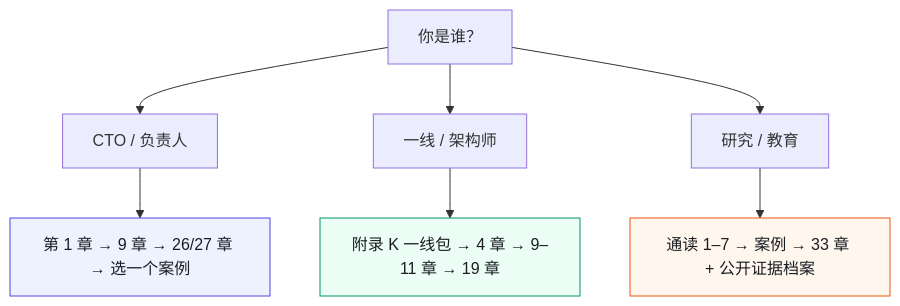
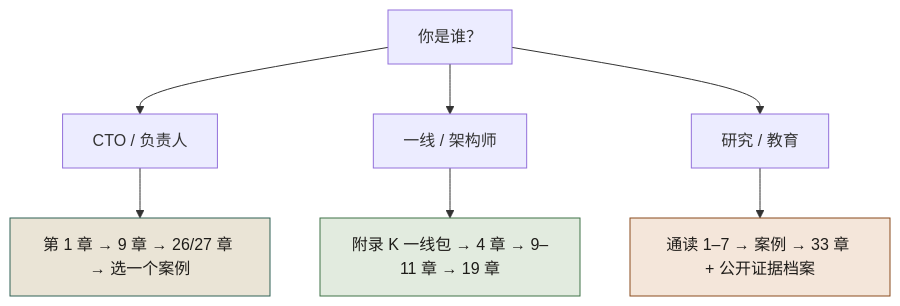
The second of 2 diagrams in docs/manuscript/ch01-这本书是什么.md (funny8kids/AI_Native_Software_Engineering), drawn with Mermaid before and after one commit. The commit also changed other lines of this file and 81 other files, not shown here.

````diff
--- a/docs/manuscript/ch01-这本书是什么.md
+++ b/docs/manuscript/ch01-这本书是什么.md
@@ -102,12 +160,12 @@
 ```mermaid
 flowchart TB
   START[你是谁？] --> A[CTO / 负责人]
   START --> B[一线 / 架构师]
   START --> C[研究 / 教育]
   A --> A1[第 1 章 → 9 章 → 26/27 章 → 选一个案例]
   B --> B1[附录 K 一线包 → 4 章 → 9–11 章 → 19 章]
   C --> C1[通读 1–7 → 案例 → 33 章 + 公开证据档案]
-  style A1 fill:#eef2ff,stroke:#4f46e5,color:#1a1d23
-  style B1 fill:#ecfdf5,stroke:#059669,color:#1a1d23
-  style C1 fill:#fff7ed,stroke:#ea580c,color:#1a1d23
+  style A1 fill:#eae4d6,stroke:#2f6154,color:#1e1c19
+  style B1 fill:#e2ebdf,stroke:#3e7247,color:#1e1c19
+  style C1 fill:#f4e6da,stroke:#8a4b1c,color:#1e1c19
 ```
````
